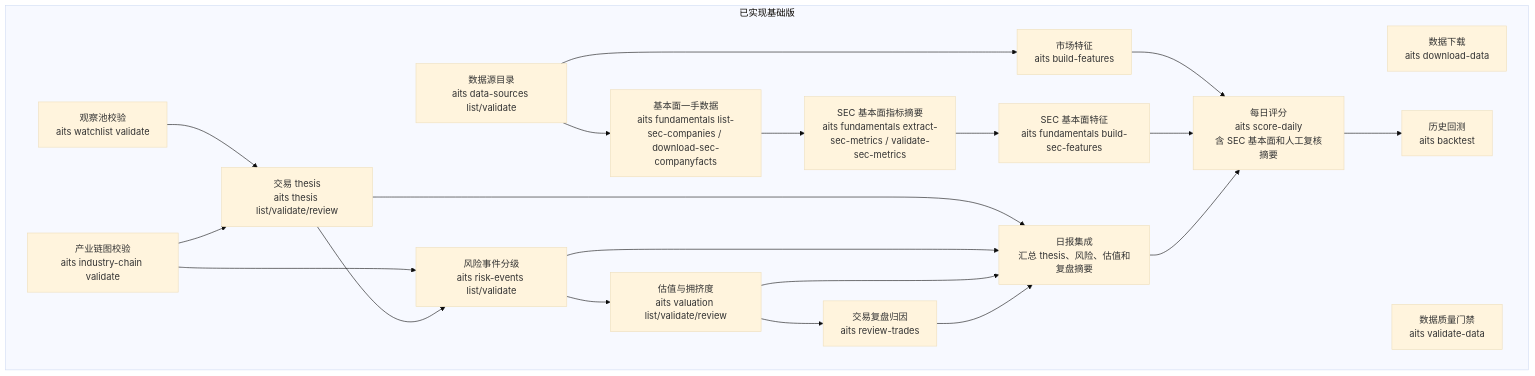
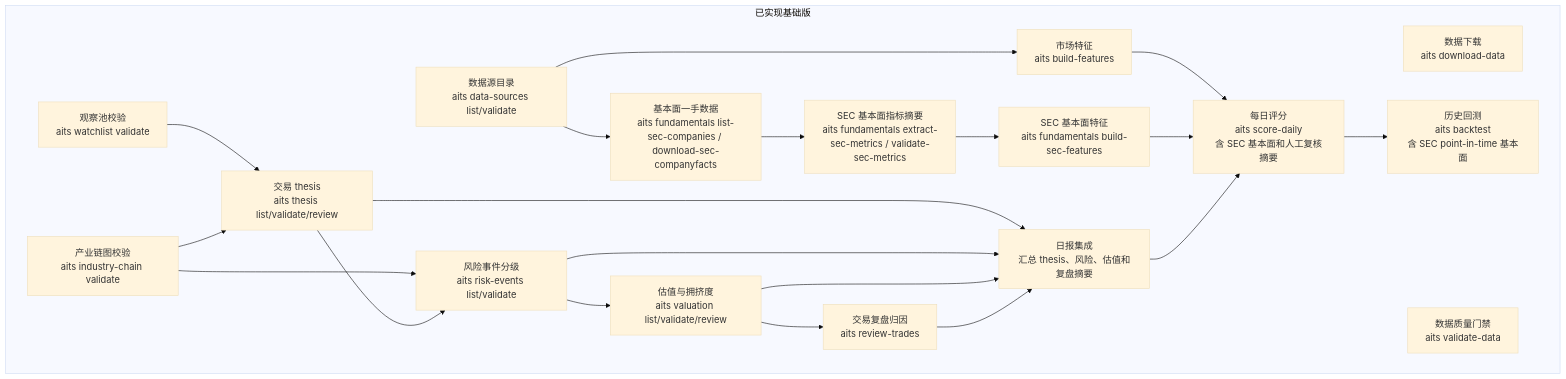
The fifth of 5 diagrams in docs/system_flow.md (AI-Trading-Collaboration/AITradingSystem), drawn with Mermaid (base theme) before and after one commit. The commit also changed other lines of this file and 11 other files, not shown here.

Commit message:
Add point-in-time SEC fundamentals to backtest

````diff
--- a/docs/system_flow.md
+++ b/docs/system_flow.md
@@ -324,40 +336,40 @@
 ```mermaid
 flowchart TD
     subgraph Done["已实现基础版"]
         A["数据下载<br/>aits download-data"]
         B["数据质量门禁<br/>aits validate-data"]
         C["市场特征<br/>aits build-features"]
         D["每日评分<br/>aits score-daily<br/>含 SEC 基本面和人工复核摘要"]
-        E["历史回测<br/>aits backtest"]
+        E["历史回测<br/>aits backtest<br/>含 SEC point-in-time 基本面"]
         F["观察池校验<br/>aits watchlist validate"]
         G["产业链图校验<br/>aits industry-chain validate"]
         H["交易 thesis<br/>aits thesis list/validate/review"]
         I["风险事件分级<br/>aits risk-events list/validate"]
         J["估值与拥挤度<br/>aits valuation list/validate/review"]
         K["交易复盘归因<br/>aits review-trades"]
         L["日报集成<br/>汇总 thesis、风险、估值和复盘摘要"]
         M["数据源目录<br/>aits data-sources list/validate"]
         N["基本面一手数据<br/>aits fundamentals list-sec-companies / download-sec-companyfacts"]
         O["SEC 基本面指标摘要<br/>aits fundamentals extract-sec-metrics / validate-sec-metrics"]
         P["SEC 基本面特征<br/>aits fundamentals build-sec-features"]
     end
 
     C --> D
     D --> E
     F --> H
     G --> H
     G --> I
     H --> I
     I --> J
     J --> K
     M --> C
     M --> N
     N --> O
     O --> P
     P --> D
     H --> L
     I --> L
     J --> L
     K --> L
     L --> D
 ```
````
